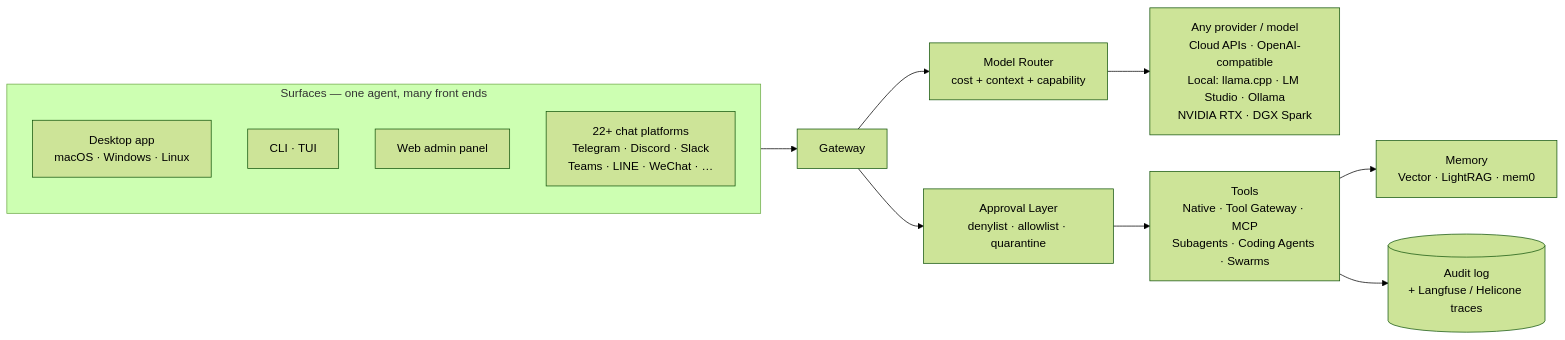
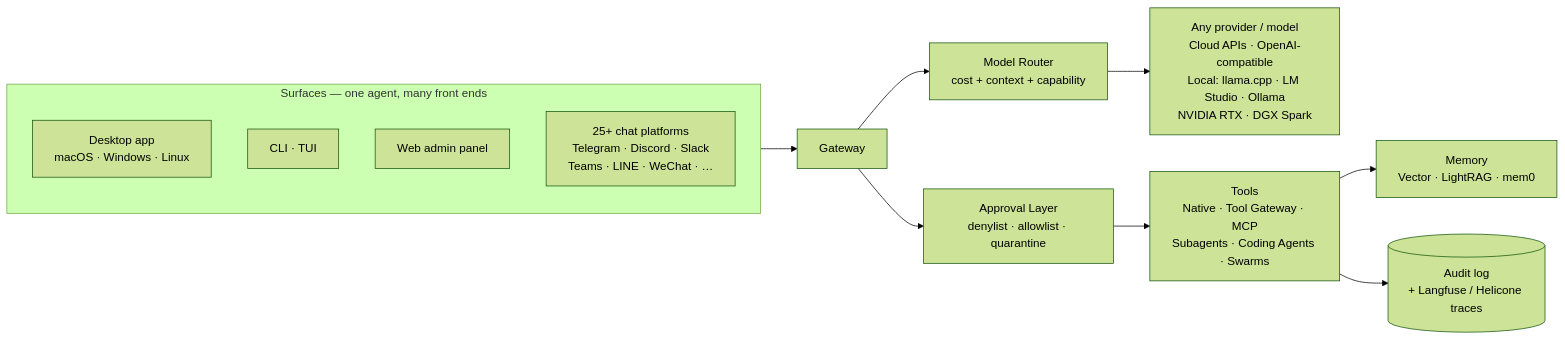
Before and after one commit to OnlyTerp/hermes-optimization-guide: the diagram in README.md, drawn with Mermaid (forest theme). The commit also changed other lines of this file and 81 other files, not shown here.

````diff
--- a/README.md
+++ b/README.md
@@ -85,17 +85,17 @@
 ```mermaid
 flowchart LR
   subgraph Surfaces[Surfaces — one agent, many front ends]
     direction TB
     Desktop[Desktop app<br/>macOS · Windows · Linux]
     Term[CLI · TUI]
     Web[Web admin panel]
-    Chat[22+ chat platforms<br/>Telegram · Discord · Slack<br/>Teams · LINE · WeChat · …]
+    Chat[25+ chat platforms<br/>Telegram · Discord · Slack<br/>Teams · LINE · WeChat · …]
   end
   Surfaces --> Gateway
   Gateway --> Router[Model Router<br/>cost + context + capability]
   Router --> Providers[Any provider / model<br/>Cloud APIs · OpenAI-compatible<br/>Local: llama.cpp · LM Studio · Ollama<br/>NVIDIA RTX · DGX Spark]
   Gateway --> Approval[Approval Layer<br/>denylist · allowlist · quarantine]
   Approval --> Tools[Tools<br/>Native · Tool Gateway · MCP<br/>Subagents · Coding Agents · Swarms]
   Tools --> Memory[Memory<br/>Vector · LightRAG · mem0]
   Tools --> Logs[(Audit log<br/>+ Langfuse / Helicone traces)]
 ```
````
